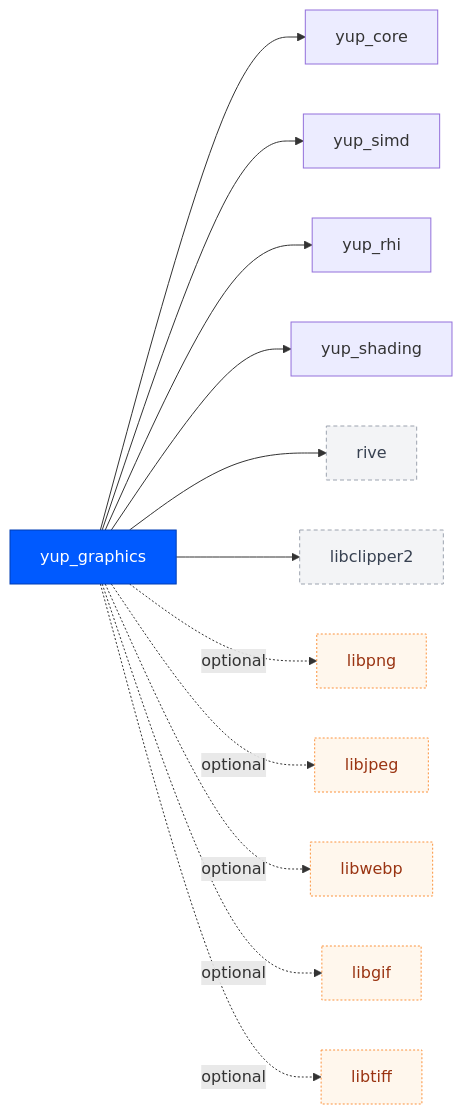
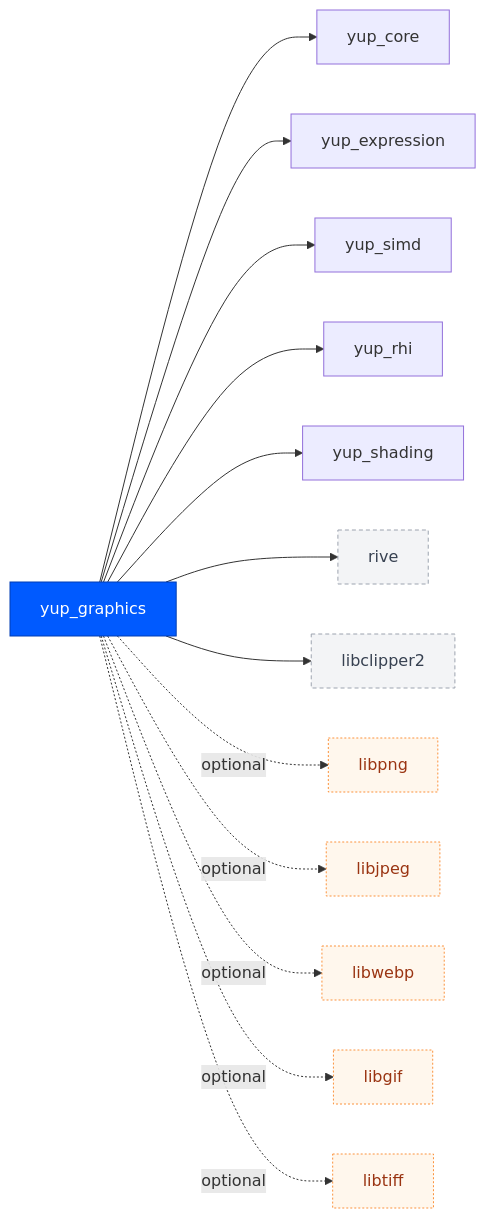
Before and after one commit to kunitoki/yup: the eighth of 25 diagrams in docs/modules.md, drawn with Mermaid. The commit also changed other lines of this file and 67 other files, not shown here.

````diff
--- a/docs/modules.md
+++ b/docs/modules.md
@@ -167,17 +180,18 @@
 ```mermaid
 flowchart LR
     yup_graphics:::self --> yup_core
+    yup_graphics --> yup_expression
     yup_graphics --> yup_simd
     yup_graphics --> yup_rhi
     yup_graphics --> yup_shading
     yup_graphics --> rive:::ext
     yup_graphics --> libclipper2:::ext
     yup_graphics -. optional .-> libpng:::opt
     yup_graphics -. optional .-> libjpeg:::opt
     yup_graphics -. optional .-> libwebp:::opt
     yup_graphics -. optional .-> libgif:::opt
     yup_graphics -. optional .-> libtiff:::opt
     classDef self fill:#005aff,color:#fff,stroke:#003db3;
     classDef ext fill:#f3f4f6,color:#374151,stroke:#9ca3af,stroke-dasharray:4 3;
     classDef opt fill:#fff7ed,color:#9a3412,stroke:#fb923c,stroke-dasharray:2 2;
 ```
````
